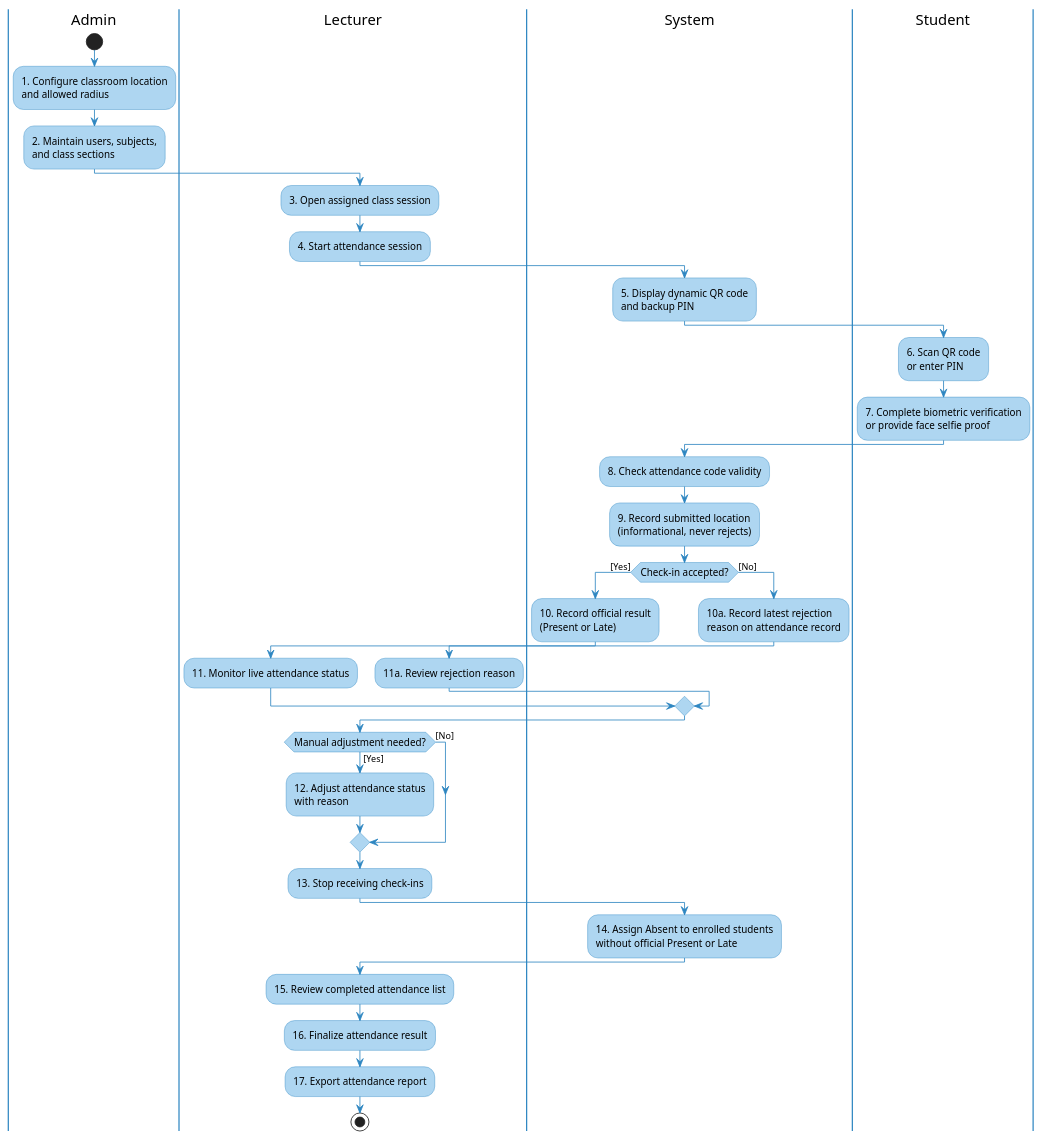
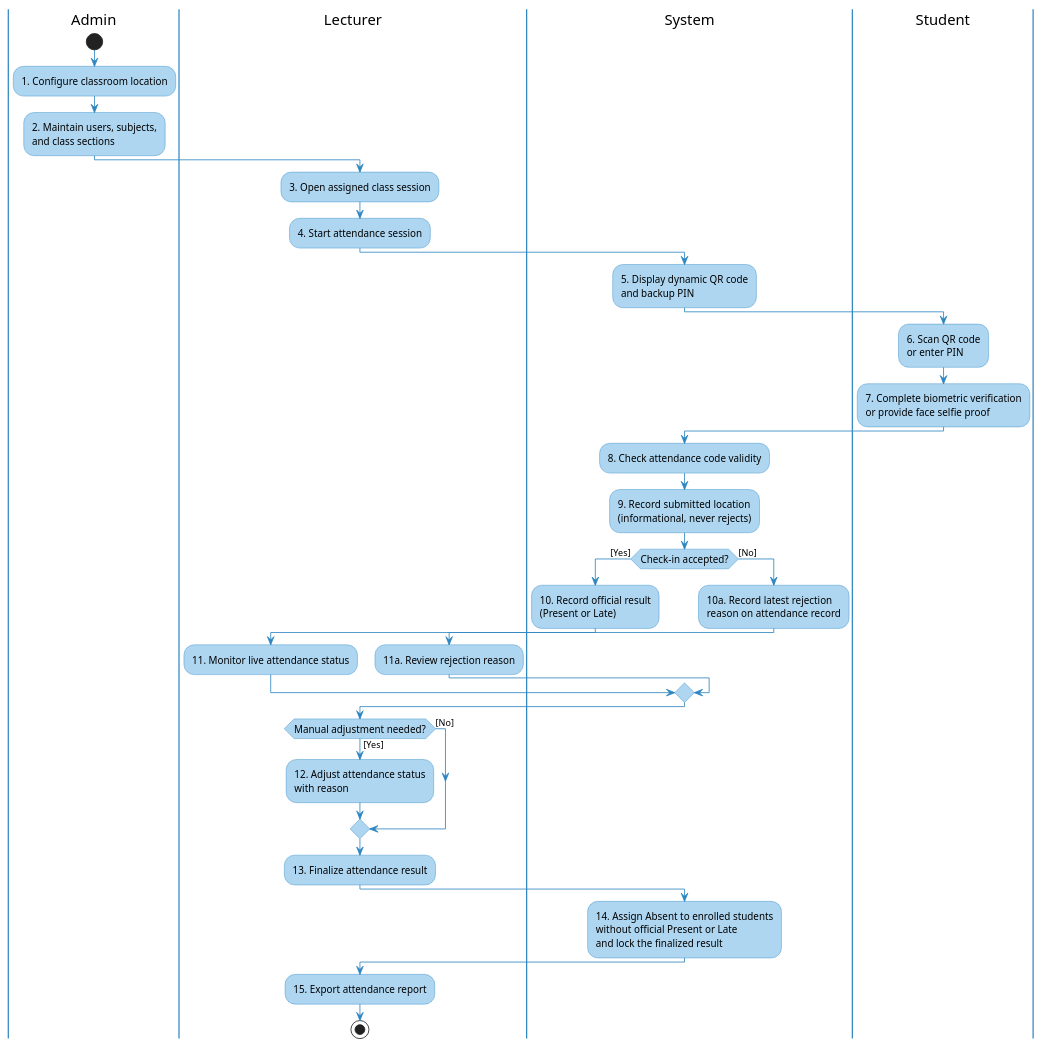
Before and after one commit to nttung42/SWD392: the third of 6 diagrams in docs/rds/1_Requirement.md, drawn with PlantUML. The commit also changed other lines of this file and 3 other files, not shown here.

````diff
--- a/docs/rds/1_Requirement.md
+++ b/docs/rds/1_Requirement.md
@@ -407,57 +407,55 @@
 ```plantuml
 @startuml Overall_Attendance_Process_Activity
 skinparam ActivityBackgroundColor #AED6F1
 skinparam ActivityBorderColor #2E86C1
 skinparam ActivityDiamondBackgroundColor #AED6F1
 skinparam ActivityDiamondBorderColor #2E86C1
 skinparam ArrowColor #2E86C1
 skinparam ActivityFontSize 12
 skinparam swimlaneBorderColor #2E86C1
 skinparam swimlaneHeaderFontStyle bold
 
 |Admin|
 start
-:1. Configure classroom location\nand allowed radius;
+:1. Configure classroom location;
 :2. Maintain users, subjects,\nand class sections;
 
 |Lecturer|
 :3. Open assigned class session;
 :4. Start attendance session;
 
 |System|
 :5. Display dynamic QR code\nand backup PIN;
 
 |Student|
 :6. Scan QR code\nor enter PIN;
 :7. Complete biometric verification\nor provide face selfie proof;
 
 |System|
 :8. Check attendance code validity;
 :9. Record submitted location\n(informational, never rejects);
 
 if (Check-in accepted?) then ([Yes])
   :10. Record official result\n(Present or Late);
   |Lecturer|
   :11. Monitor live attendance status;
 else ([No])
   |System|
   :10a. Record latest rejection\nreason on attendance record;
   |Lecturer|
   :11a. Review rejection reason;
 endif
 
 |Lecturer|
 if (Manual adjustment needed?) then ([Yes])
   :12. Adjust attendance status\nwith reason;
 else ([No])
 endif
-:13. Stop receiving check-ins;
+:13. Finalize attendance result;
 |System|
-:14. Assign Absent to enrolled students\nwithout official Present or Late;
+:14. Assign Absent to enrolled students\nwithout official Present or Late\nand lock the finalized result;
 |Lecturer|
-:15. Review completed attendance list;
-:16. Finalize attendance result;
-:17. Export attendance report;
+:15. Export attendance report;
 stop
 @enduml
 ```
````
